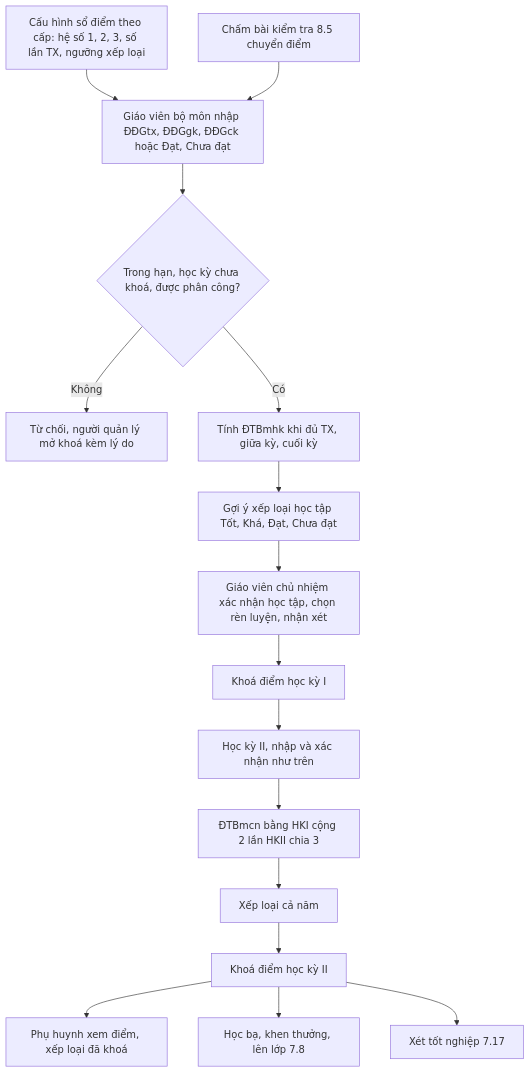
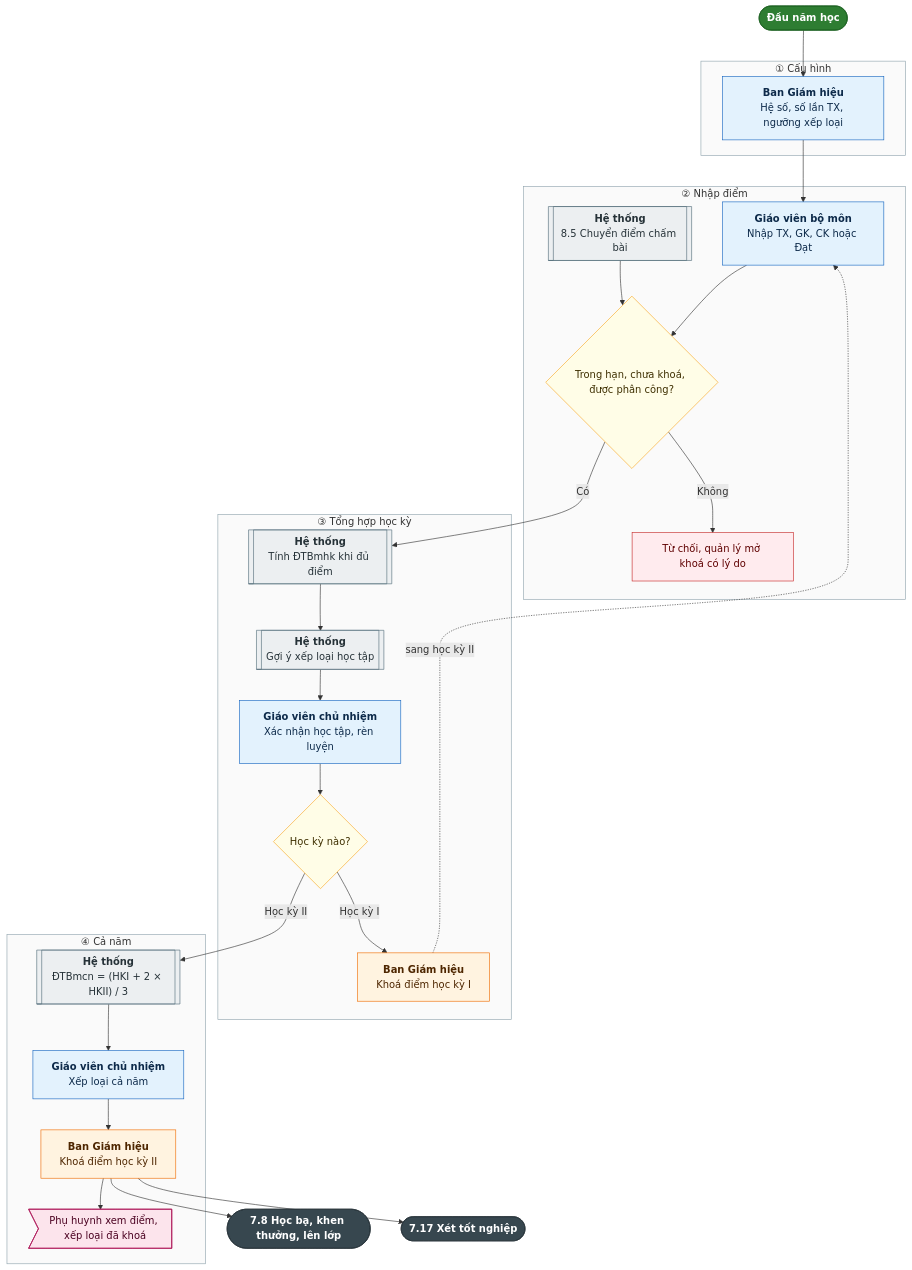
Before and after one commit to luckyshopvn/school_management: the eighth of 17 diagrams in tai_lieu/34_TONG_HOP_CHUC_NANG_HE_THONG/03_DAY_HOC_VA_KIEM_TRA_DANH_GIA.md, drawn with Mermaid. The commit also changed other lines of this file and 8 other files, not shown here.

````diff
--- a/tai_lieu/34_TONG_HOP_CHUC_NANG_HE_THONG/03_DAY_HOC_VA_KIEM_TRA_DANH_GIA.md
+++ b/tai_lieu/34_TONG_HOP_CHUC_NANG_HE_THONG/03_DAY_HOC_VA_KIEM_TRA_DANH_GIA.md
@@ -471,18 +662,61 @@
 ```mermaid
 flowchart TD
-    A["Cấu hình sổ điểm theo cấp: hệ số 1, 2, 3, số lần TX, ngưỡng xếp loại"] --> B["Giáo viên bộ môn nhập ĐĐGtx, ĐĐGgk, ĐĐGck hoặc Đạt, Chưa đạt"]
-    C["Chấm bài kiểm tra 8.5 chuyển điểm"] --> B
-    B --> D{"Trong hạn, học kỳ chưa khoá, được phân công?"}
-    D -->|"Không"| E["Từ chối, người quản lý mở khoá kèm lý do"]
-    D -->|"Có"| F["Tính ĐTBmhk khi đủ TX, giữa kỳ, cuối kỳ"]
-    F --> G["Gợi ý xếp loại học tập Tốt, Khá, Đạt, Chưa đạt"]
-    G --> H["Giáo viên chủ nhiệm xác nhận học tập, chọn rèn luyện, nhận xét"]
-    H --> I["Khoá điểm học kỳ I"]
-    I --> J["Học kỳ II, nhập và xác nhận như trên"]
-    J --> K["ĐTBmcn bằng HKI cộng 2 lần HKII chia 3"]
-    K --> L["Xếp loại cả năm"]
-    L --> M["Khoá điểm học kỳ II"]
-    M --> N["Phụ huynh xem điểm, xếp loại đã khoá"]
-    M --> O["Học bạ, khen thưởng, lên lớp 7.8"]
-    M --> P["Xét tốt nghiệp 7.17"]
+  classDef batdau fill:#2e7d32,stroke:#1b5e20,color:#ffffff,font-weight:bold
+  classDef ketthuc fill:#37474f,stroke:#263238,color:#ffffff,font-weight:bold
+  classDef nguoi fill:#e3f2fd,stroke:#1565c0,color:#0d2a4a
+  classDef heth fill:#eceff1,stroke:#546e7a,color:#263238
+  classDef duyet fill:#fff3e0,stroke:#ef6c00,color:#4e2600
+  classDef hoi fill:#fffde7,stroke:#f9a825,color:#3e2f00
+  classDef bao fill:#fce4ec,stroke:#ad1457,color:#4a0020
+  classDef chan fill:#ffebee,stroke:#c62828,color:#5f0000
+  classDef dulieu fill:#ede7f6,stroke:#5e35b1,color:#1f0f4d
+
+  S(["Đầu năm học"]):::batdau
+
+  subgraph P1["① Cấu hình"]
+    A1["<b>Ban Giám hiệu</b><br/>Hệ số, số lần TX, ngưỡng xếp loại"]:::nguoi
+  end
+
+  subgraph P2["② Nhập điểm"]
+    B0[["<b>Hệ thống</b><br/>8.5 Chuyển điểm chấm bài"]]:::heth
+    B1["<b>Giáo viên bộ môn</b><br/>Nhập TX, GK, CK hoặc Đạt"]:::nguoi
+    B2{"Trong hạn, chưa khoá, được phân công?"}:::hoi
+    B3["Từ chối, quản lý mở khoá có lý do"]:::chan
+    B0 --> B2
+    B1 --> B2
+    B2 -->|"Không"| B3
+  end
+
+  subgraph P3["③ Tổng hợp học kỳ"]
+    C1[["<b>Hệ thống</b><br/>Tính ĐTBmhk khi đủ điểm"]]:::heth
+    C2[["<b>Hệ thống</b><br/>Gợi ý xếp loại học tập"]]:::heth
+    C3["<b>Giáo viên chủ nhiệm</b><br/>Xác nhận học tập, rèn luyện"]:::nguoi
+    C4{"Học kỳ nào?"}:::hoi
+    C5["<b>Ban Giám hiệu</b><br/>Khoá điểm học kỳ I"]:::duyet
+    C1 --> C2 --> C3 --> C4
+    C4 -->|"Học kỳ I"| C5
+  end
+
+  subgraph P4["④ Cả năm"]
+    D1[["<b>Hệ thống</b><br/>ĐTBmcn = (HKI + 2 × HKII) / 3"]]:::heth
+    D2["<b>Giáo viên chủ nhiệm</b><br/>Xếp loại cả năm"]:::nguoi
+    D3["<b>Ban Giám hiệu</b><br/>Khoá điểm học kỳ II"]:::duyet
+    D4>"Phụ huynh xem điểm, xếp loại đã khoá"]:::bao
+    D1 --> D2 --> D3 --> D4
+  end
+
+  K1(["7.8 Học bạ, khen thưởng, lên lớp"]):::ketthuc
+  K2(["7.17 Xét tốt nghiệp"]):::ketthuc
+
+  S --> A1 --> B1
+  B2 -->|"Có"| C1
+  C5 -.->|"sang học kỳ II"| B1
+  C4 -->|"Học kỳ II"| D1
+  D3 --> K1
+  D3 --> K2
+
+  style P1 fill:#fafafa,stroke:#90a4ae
+  style P2 fill:#fafafa,stroke:#90a4ae
+  style P3 fill:#fafafa,stroke:#90a4ae
+  style P4 fill:#fafafa,stroke:#90a4ae
 ```
````
